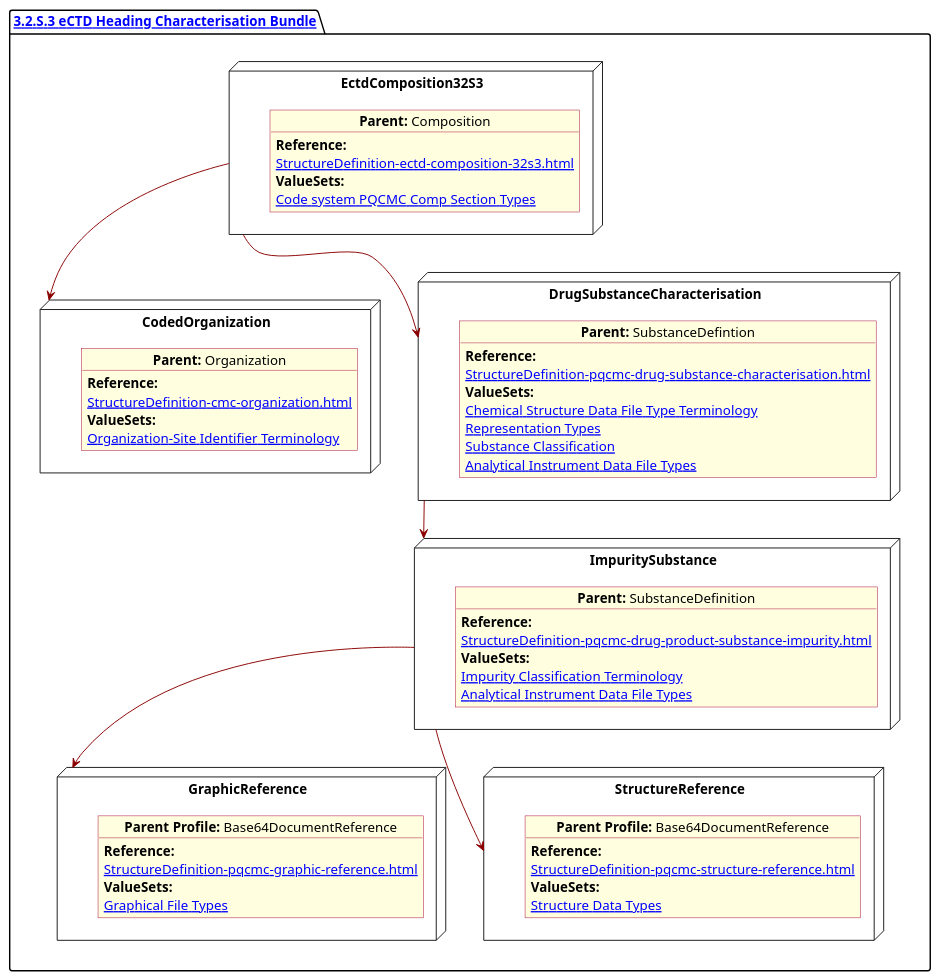
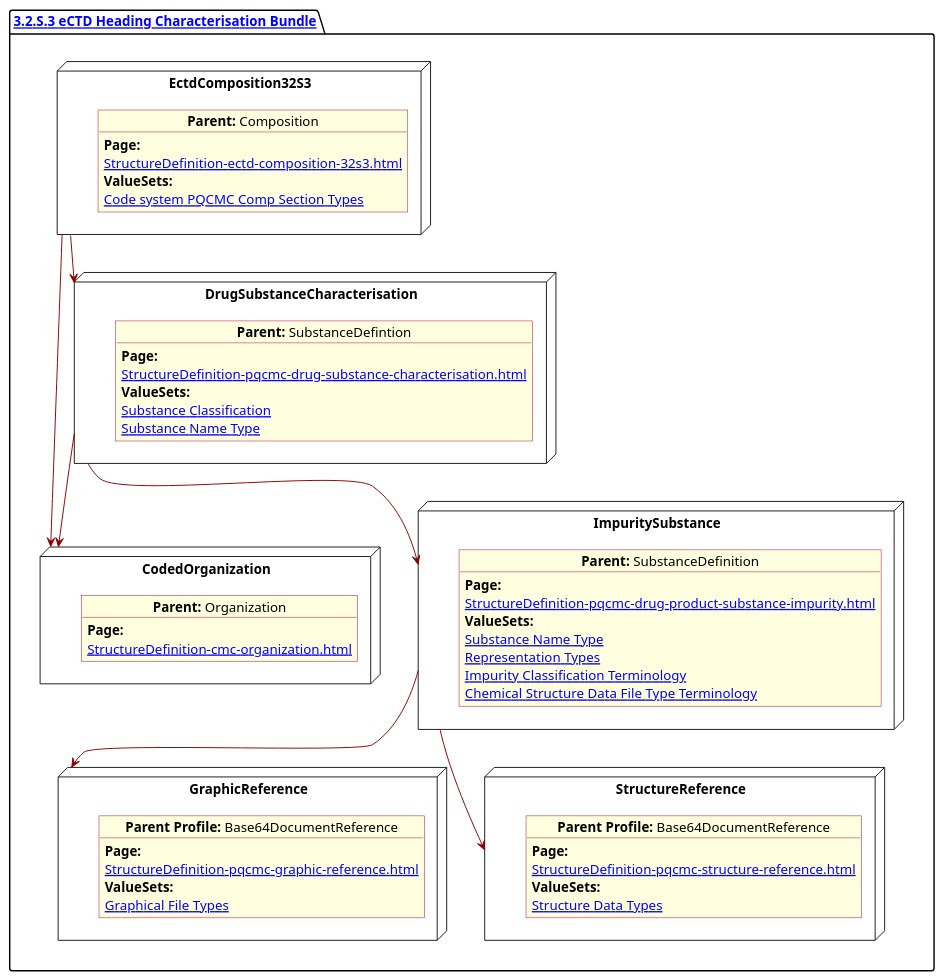
The diagram in input/images-source/SubstanceImpurity.plantuml (HL7/FHIR-us-pq-cmc-fda), drawn with PlantUML before and after one commit. The commit also changed 53 other files, not shown here.

```diff
--- a/input/images-source/SubstanceImpurity.plantuml
+++ b/input/images-source/SubstanceImpurity.plantuml
@@ -1,81 +1,81 @@
 @startuml SubstanceImpurity
 allowmixing
 'Mixed model of use case and object
 skinparam svgDimensionStyle false
 skinparam ObjectBackgroundColor LightYellow
 skinparam ObjectBorderColor #A80036
 skinparam activityDiamondBorderColor #A80036
 skinparam activityDiamondBackgroundColor lawnGreen
 skinparam ClassBorderThickness 4
 
 package "[[StructureDefinition-cmc-ectd-document-32s3.html 3.2.S.3 eCTD Heading Characterisation Bundle]]" as NODES {
 
   node "EctdComposition32S3" as N1 {
 
     object "**Parent:** Composition" as obj1 {
-      **Reference:**
+      **Page:**
       [[StructureDefinition-ectd-composition-32s3.html]]
       **ValueSets:**
       [[ValueSet-cmc-comp-section-types-vs.html Code system PQCMC Comp Section Types]]
     }
   }
   node "CodedOrganization" as NSO {
 
     object "**Parent:** Organization" as objAu {
-      **Reference:**
+      **Page:**
       [[StructureDefinition-cmc-organization.html]]
-      **ValueSets:**
-      [[ValueSet-pqcmc-org-identifier-type-terminology.html Organization-Site Identifier Terminology]]
     }
   }
 
   node "DrugSubstanceCharacterisation" as NN {
 
     object "**Parent:** SubstanceDefintion" as obj3 {
 
-      **Reference:**
+      **Page:**
       [[StructureDefinition-pqcmc-drug-substance-characterisation.html]]
       **ValueSets:**
-      [[ValueSet-pqcmc-chemical-structure-datafile-type-terminology.html Chemical Structure Data File Type Terminology]]
-      [[ValueSet-pqcmc-representation-types.html Representation Types]]
       [[ValueSet-substance-classification.html Substance Classification]]
-      [[ValueSet-pqcmc-analytical-instrument-data-types.html Analytical Instrument Data File Types]]
+      [[ValueSet-pqcmc-substance-name-type.html Substance Name Type]]
     }
   }
 
   node "ImpuritySubstance" as N6 {
 
     object "**Parent:** SubstanceDefinition" as obj2 {
-      **Reference:**
+      **Page:**
       [[StructureDefinition-pqcmc-drug-product-substance-impurity.html]]
       **ValueSets:**
+      [[ValueSet-pqcmc-substance-name-type.html Substance Name Type]]
+      [[ValueSet-pqcmc-representation-types.html Representation Types]]
       [[ValueSet-pqcmc-impurity-classification-terminology.html Impurity Classification Terminology]]
-      [[ValueSet-pqcmc-analytical-instrument-data-types.html Analytical Instrument Data File Types]]
+      [[ValueSet-pqcmc-chemical-structure-datafile-type-terminology.html Chemical Structure Data File Type Terminology]]
     }
   }
   node "GraphicReference" as NB64 {
 
     object "**Parent Profile:** Base64DocumentReference"  as obj64 {
-      **Reference:**
+      **Page:**
       [[StructureDefinition-pqcmc-graphic-reference.html]]
       **ValueSets:**
       [[ValueSet-pqcmc-graphical-file-types.html Graphical File Types]]
     }
   }
+
   node "StructureReference" as NBstruc {
 
     object "**Parent Profile:** Base64DocumentReference"  as objb64 {
-      **Reference:**
+      **Page:**
       [[StructureDefinition-pqcmc-structure-reference.html]]
-        **ValueSets:**
-        [[ValueSet-pqcmc-structure-data-types.html Structure Data Types]]
+      **ValueSets:**
+      [[ValueSet-pqcmc-structure-data-types.html Structure Data Types]]
     }
   }
 
   N1 -[#darkred]-> NSO
   NN -[#darkred]-> N6
+  NN -[#darkred]-> NSO
   N1 -[#darkred]-> NN
   N6 -[#darkred]-> NB64
   N6 -[#darkred]-> NBstruc
 }
 @enduml
```
